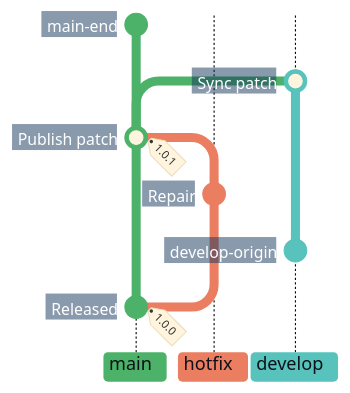
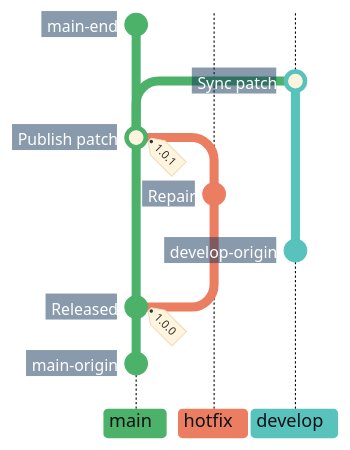
One commit to superhero/operations.superduper.solutions changed the third of 7 diagrams in docs/adr/cicd.md. Above: the diagram before and after it, drawn with Mermaid. The commit also changed other lines of this file, not shown here.

Commit message:
docs(cicd): continue hotfix and main docs lanes below their forks

````diff
--- a/docs/adr/cicd.md
+++ b/docs/adr/cicd.md
@@ -120,26 +120,28 @@
 ```mermaid
-%%{init: {"theme": "base", "themeCSS": "line.branch { stroke: #8B949E; stroke-width: 1px; stroke-dasharray: 1 4; stroke-linecap: round; } .branchLabel, .tag-label { font-weight: 700; } .tag-label-bkg, .commit-label-bkg { opacity: 0.9; } .tag-label-bkg { fill: #B8E6C4; stroke: #8ED3A2; } .branchLabelBkg { opacity: 1; clip-path: inset(0 8px 0 0 round 4px) fill-box; } .commit-labels g:nth-last-of-type(-n+2), .commit.develop-origin { visibility: hidden; } path.arrow2:not(.arrow2 ~ .arrow2) { filter: drop-shadow(0 50px 0 #57C3BC); } .commit-labels g:first-of-type, .commit.main-end { visibility: hidden; } .commit-arrows path.arrow2:nth-last-child(3) { filter: drop-shadow(0 50px 0 #57C3BC) drop-shadow(0 -50px 0 #57C3BC); } .commit-labels g { transform-box: fill-box; transform-origin: calc(100% + 17px) calc(50% + 2px); transform: rotate(-10deg); } .commit-label { font-weight: 700; transform: translateX(-8px); } .commit-label-bkg { stroke: #17365D; stroke-width: 20px; transform: translateX(-5px); clip-path: polygon(-4px -4px, calc(100% + 4px) -4px, calc(100% + 10px) 50%, calc(100% + 4px) calc(100% + 4px), -4px calc(100% + 4px)) fill-box; }", "gitGraph": {"showCommitLabel": true, "rotateCommitLabel": false}, "themeVariables": {
+%%{init: {"theme": "base", "themeCSS": "line.branch { stroke: #8B949E; stroke-width: 1px; stroke-dasharray: 1 4; stroke-linecap: round; } .branchLabel, .tag-label { font-weight: 700; } .tag-label-bkg, .commit-label-bkg { opacity: 0.9; } .tag-label-bkg { fill: #B8E6C4; stroke: #8ED3A2; } .branchLabelBkg { opacity: 1; clip-path: inset(0 8px 0 0 round 4px) fill-box; } .commit-labels g:nth-last-of-type(-n+3), .commit.develop-origin, .commit.main-origin { visibility: hidden; } path.arrow2:not(.arrow2 ~ .arrow2) { filter: drop-shadow(0 100px 0 #57C3BC); } .commit-labels g:first-of-type, .commit.main-end { visibility: hidden; } .commit-arrows path.arrow2:nth-last-child(3) { filter: drop-shadow(0 100px 0 #57C3BC) drop-shadow(0 -50px 0 #57C3BC); } .commit-labels g { transform-box: fill-box; transform-origin: calc(100% + 17px) calc(50% + 2px); transform: rotate(-10deg); } .commit-label { font-weight: 700; transform: translateX(-8px); } .commit-label-bkg { stroke: #17365D; stroke-width: 20px; transform: translateX(-5px); clip-path: polygon(-4px -4px, calc(100% + 4px) -4px, calc(100% + 10px) 50%, calc(100% + 4px) calc(100% + 4px), -4px calc(100% + 4px)) fill-box; }", "gitGraph": {"showCommitLabel": true, "rotateCommitLabel": false}, "themeVariables": {
     "commitLabelFontSize": "14px", "commitLabelColor": "#FFFFFF", "commitLabelBackground": "#17365D",
     "git0": "#4CB269", "gitBranchLabel0": "#0D1117",
     "git1": "#EB7D61", "gitBranchLabel1": "#0D1117",
     "git2": "#57C3BC", "gitBranchLabel2": "#0D1117"
 }}}%%
 gitGraph BT:
     %% Show existing main and develop lanes with earlier ancestry and initial notes omitted.
     branch develop order: 2
     checkout main
+    %% A hidden anchor continues main below the released version.
+    commit id: "main-origin"
     commit id: "Released" tag: "1.0.0"
     checkout develop
-    %% Hide the required develop anchor; extend its line by 50px to show prior history without a starting node.
+    %% Hide the required develop anchor; extend its line by 100px to show prior history without a starting node.
     commit id: "develop-origin"
     checkout main
     branch "hotfix" order: 1
     commit id: "Repair"
     checkout main
     merge "hotfix" id: "Publish patch" tag: "1.0.1"
     checkout develop
     merge main id: "Sync patch"
     %% A hidden main endpoint and a 50px develop extension align the continuing tips.
     checkout main
     commit id: "main-end"
 ```
````
